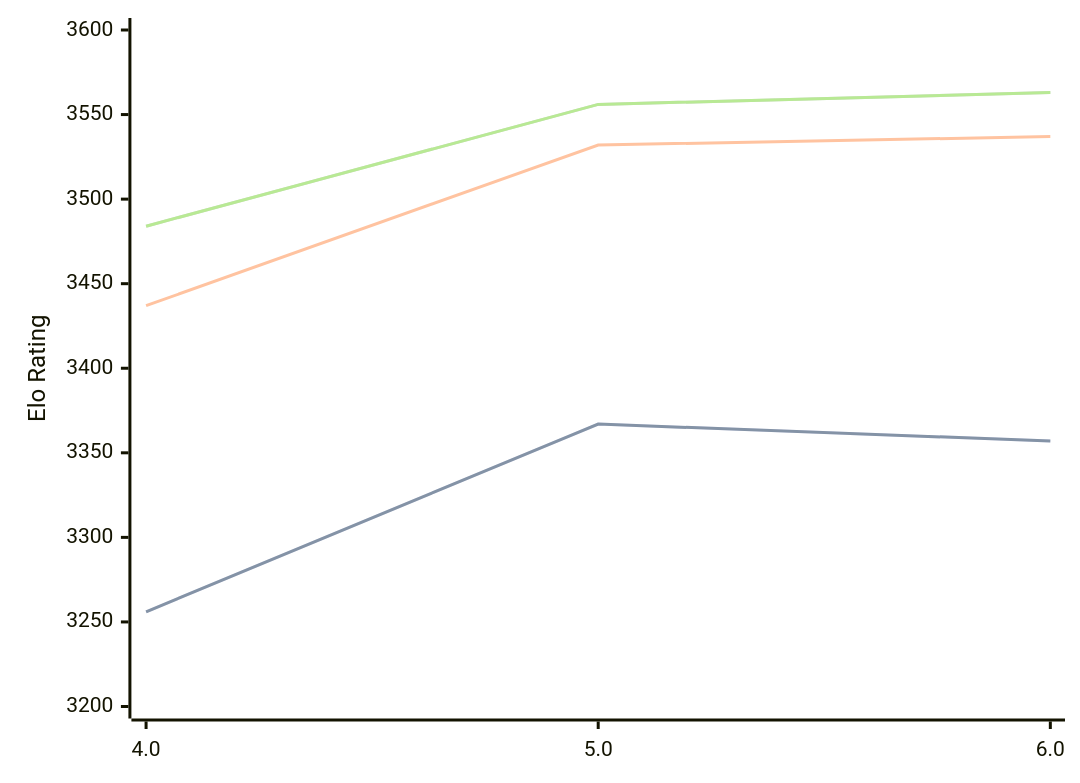
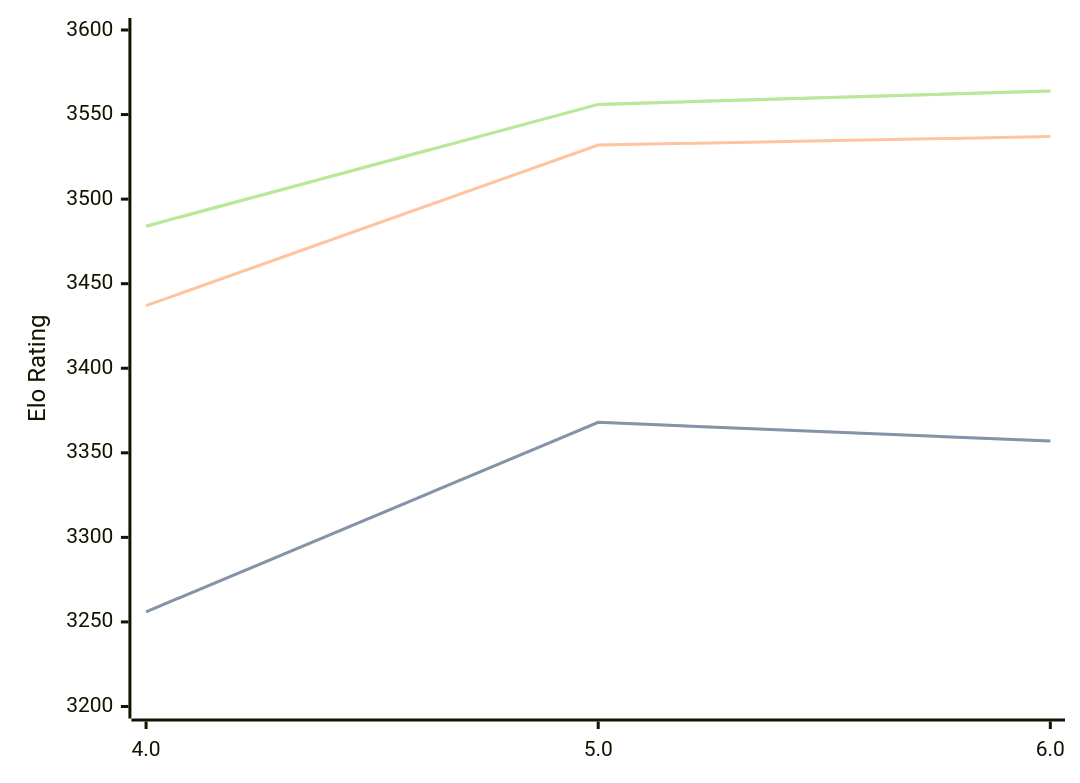
Before and after one commit to computer-chess-index/cci: the diagram in engines/Tarnished.md, drawn with Mermaid. The commit also changed other lines of this file, not shown here.

Commit message:
Update CCI Ratings (ELO VLTC) - 2026-09-10

````diff
--- a/engines/Tarnished.md
+++ b/engines/Tarnished.md
@@ -33,11 +33,11 @@
 ```mermaid
 %%{init: {"theme":"base","themeVariables":{"seriesColors:['#a3a3a3','#222221','#faa371']}}}%%
 xychart-beta
   x-axis ["4.0", "5.0", "6.0"]
   y-axis "Elo Rating" 3200 --> 3600
-  line "" [3256, 3367, 3357]
-  line "STC (8.0+0.08s)" [3256, 3367, 3357]
+  line "" [3256, 3368, 3357]
+  line "STC (8.0+0.08s)" [3256, 3368, 3357]
   line "LTC (60.0+0.60s)" [3437, 3532, 3537]
-  line "" [3484, 3556, 3563]
-  line "VLTC (2m24s+1.12s)" [3484, 3556, 3563]
+  line "" [3484, 3556, 3564]
+  line "VLTC (2m24s+1.12s)" [3484, 3556, 3564]
 ```
````
